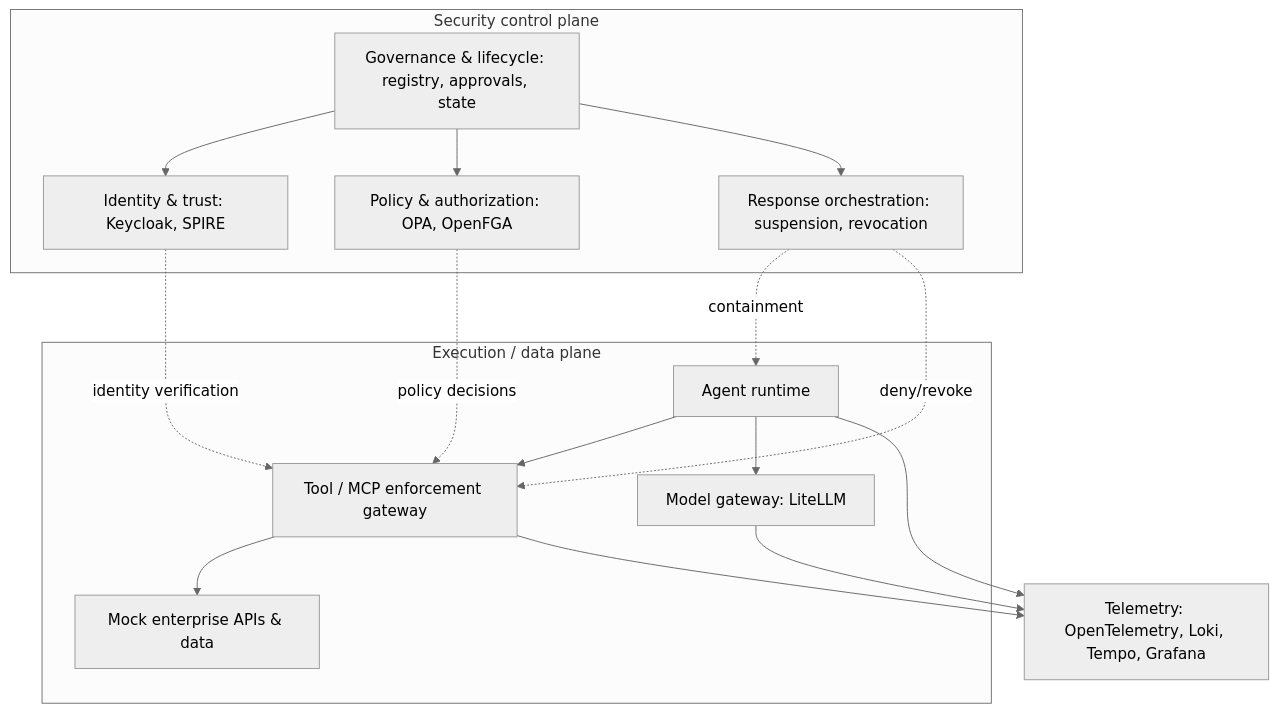
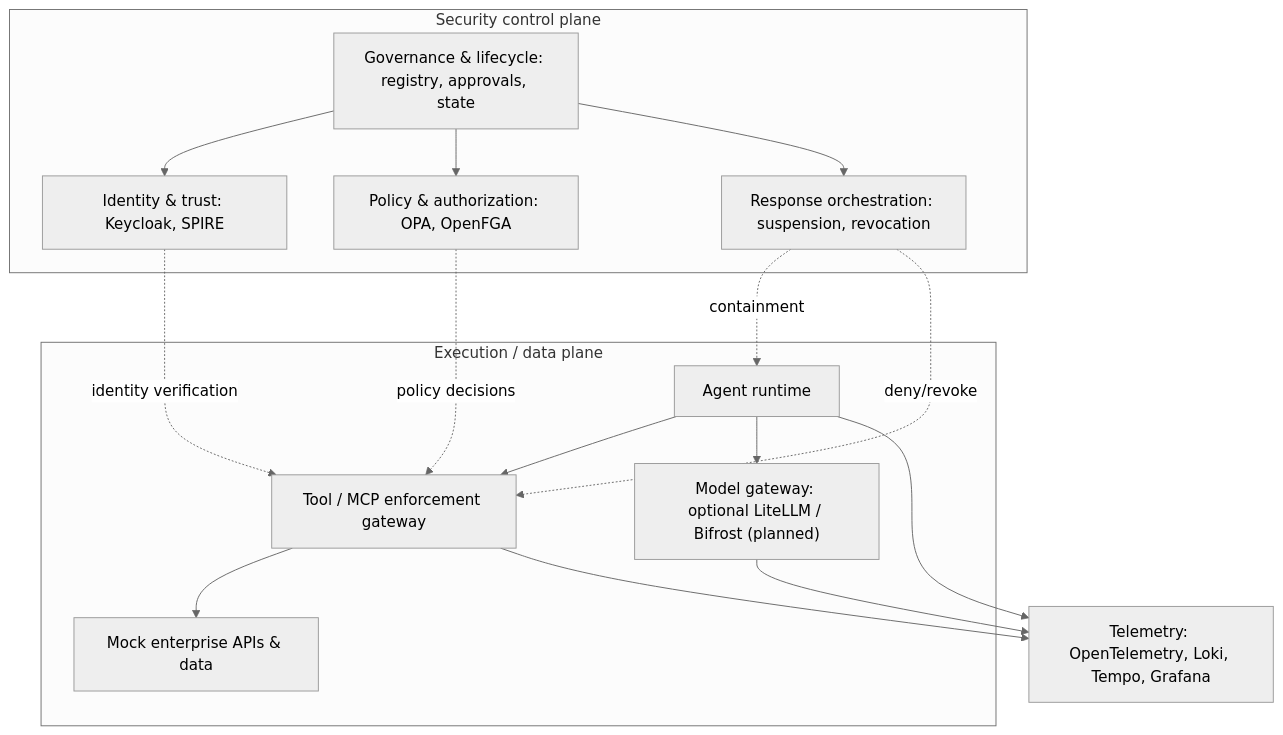
One commit to infosec-shinobi/enterprise-agent-security changed the diagram in README.md. Above: the diagram before and after it, drawn with Mermaid (neutral theme). The commit also changed other lines of this file, not shown here.

Commit message:
docs: close B04 and add persistent Free Lab roadmap

````diff
--- a/README.md
+++ b/README.md
@@ -20,27 +27,27 @@
 ```mermaid
 flowchart TB
   subgraph CP["Security control plane"]
     REG["Governance & lifecycle: registry, approvals, state"]
     ID["Identity & trust: Keycloak, SPIRE"]
     POL["Policy & authorization: OPA, OpenFGA"]
     RESP["Response orchestration: suspension, revocation"]
     REG --> ID
     REG --> POL
     REG --> RESP
   end
   subgraph DP["Execution / data plane"]
     AG["Agent runtime"]
     TOOL["Tool / MCP enforcement gateway"]
-    MODEL["Model gateway: LiteLLM"]
+    MODEL["Model gateway: optional LiteLLM / Bifrost (planned)"]
     API["Mock enterprise APIs & data"]
     AG --> TOOL --> API
     AG --> MODEL
   end
   ID -. "identity verification" .-> TOOL
   POL -. "policy decisions" .-> TOOL
   RESP -. "containment" .-> AG
   RESP -. "deny/revoke" .-> TOOL
   TOOL --> OBS["Telemetry: OpenTelemetry, Loki, Tempo, Grafana"]
   AG --> OBS
   MODEL --> OBS
 ```
````
